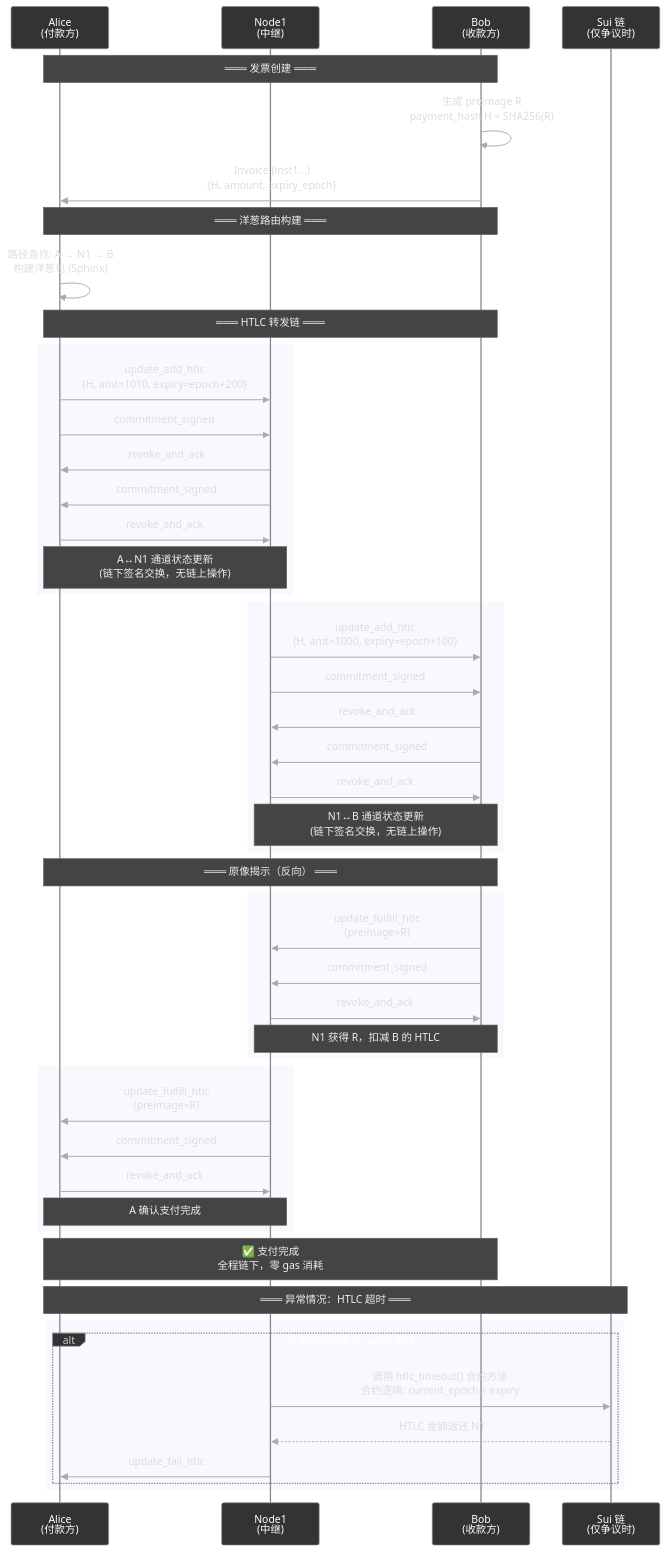
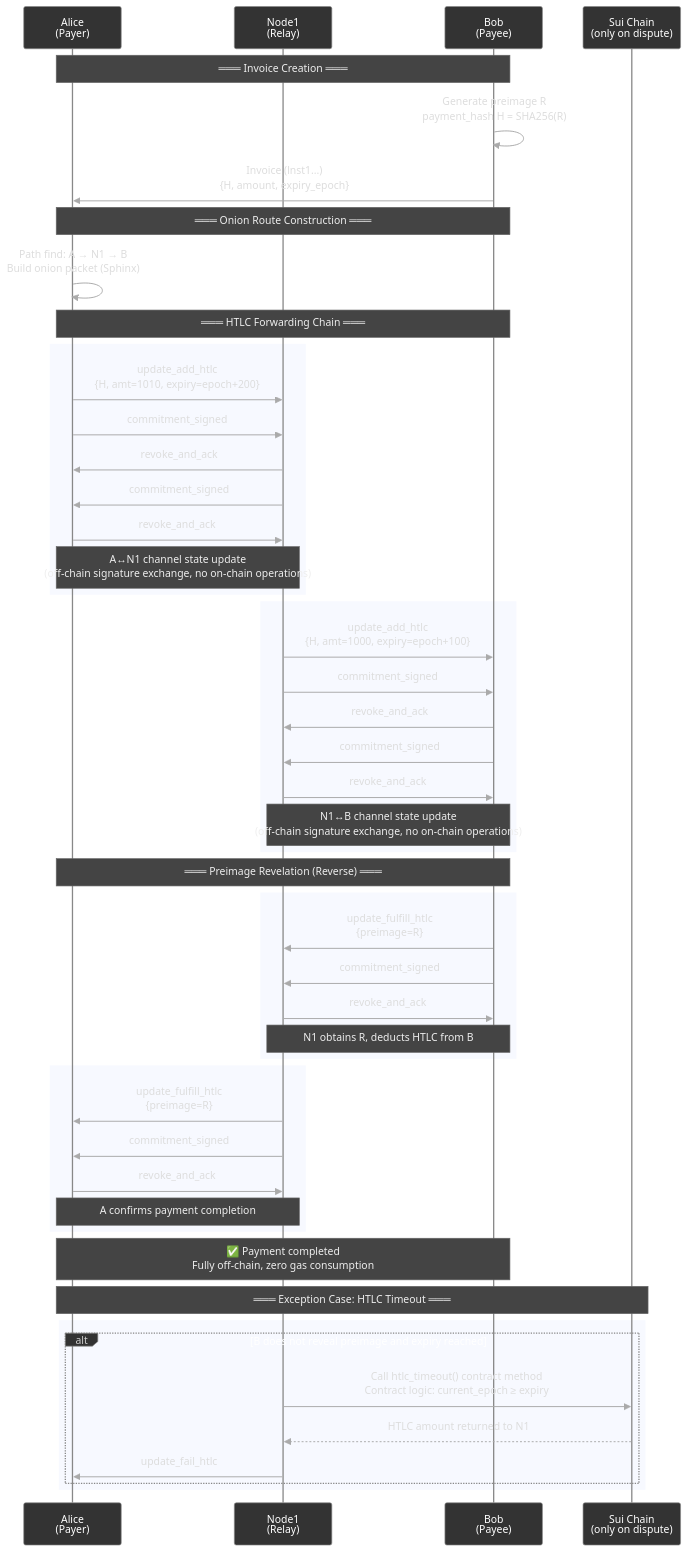
Before and after one commit to loka-network/loka-p2p-lnd: the fifth of 9 diagrams in 1-refactor-docs/sui/lnd-and-sui-integration.md, drawn with Mermaid. The commit also changed other lines of this file and 12 other files, not shown here.

````diff
--- a/1-refactor-docs/sui/lnd-and-sui-integration.md
+++ b/1-refactor-docs/sui/lnd-and-sui-integration.md
@@ -211,80 +211,80 @@
 ```mermaid
 %%{init: {
   'theme': 'base',
   'themeVariables': {
     'actorBorder': '#888888',
     'actorBkg': '#333333',
     'actorTextColor': '#ffffff',
     'noteBkgColor': '#444444',
     'noteBorderColor': '#666666',
     'noteTextColor': '#eeeeee',
     'signalColor': '#aaaaaa',
     'signalTextColor': '#dddddd',
     'labelTextColor': '#cccccc',
     'loopTextColor': '#ffffff',
     'activationBkgColor': '#3a3a3a',
     'fillType0': '#2a2a2a'
   }
 }}%%
 
 sequenceDiagram
-    participant A as Alice<br/>(付款方)
-    participant N1 as Node1<br/>(中继)
-    participant B as Bob<br/>(收款方)
-    participant Sui as Sui 链<br/>(仅争议时)
+    participant A as Alice<br/>(Payer)
+    participant N1 as Node1<br/>(Relay)
+    participant B as Bob<br/>(Payee)
+    participant Sui as Sui Chain<br/>(only on dispute)
 
-    Note over A, B: ═══ 发票创建 ═══
-    B->>B: 生成 preimage R<br/>payment_hash H = SHA256(R)
+    Note over A, B: ═══ Invoice Creation ═══
+    B->>B: Generate preimage R<br/>payment_hash H = SHA256(R)
     B->>A: Invoice (lnst1...)<br/>{H, amount, expiry_epoch}
 
-    Note over A, B: ═══ 洋葱路由构建 ═══
-    A->>A: 路径查找: A → N1 → B<br/>构建洋葱包 (Sphinx)
+    Note over A, B: ═══ Onion Route Construction ═══
+    A->>A: Path find: A → N1 → B<br/>Build onion packet (Sphinx)
 
-    Note over A, B: ═══ HTLC 转发链 ═══
+    Note over A, B: ═══ HTLC Forwarding Chain ═══
 
     rect
         A->>N1: update_add_htlc<br/>{H, amt=1010, expiry=epoch+200}
         A->>N1: commitment_signed
         N1->>A: revoke_and_ack
         N1->>A: commitment_signed
         A->>N1: revoke_and_ack
-        Note over A, N1: A↔N1 通道状态更新<br/>(链下签名交换，无链上操作)
+        Note over A, N1: A↔N1 channel state update<br/>(off-chain signature exchange, no on-chain operations)
     end
 
     rect
         N1->>B: update_add_htlc<br/>{H, amt=1000, expiry=epoch+100}
         N1->>B: commitment_signed
         B->>N1: revoke_and_ack
         B->>N1: commitment_signed
         N1->>B: revoke_and_ack
-        Note over N1, B: N1↔B 通道状态更新<br/>(链下签名交换，无链上操作)
+        Note over N1, B: N1↔B channel state update<br/>(off-chain signature exchange, no on-chain operations)
     end
 
-    Note over A, B: ═══ 原像揭示（反向） ═══
+    Note over A, B: ═══ Preimage Revelation (Reverse) ═══
 
     rect
         B->>N1: update_fulfill_htlc<br/>{preimage=R}
         B->>N1: commitment_signed
         N1->>B: revoke_and_ack
-        Note over N1, B: N1 获得 R，扣减 B 的 HTLC
+        Note over N1, B: N1 obtains R, deducts HTLC from B
     end
 
     rect
         N1->>A: update_fulfill_htlc<br/>{preimage=R}
         N1->>A: commitment_signed
         A->>N1: revoke_and_ack
-        Note over A, N1: A 确认支付完成
+        Note over A, N1: A confirms payment completion
     end
 
-    Note over A, B: ✅ 支付完成<br/>全程链下，零 gas 消耗
+    Note over A, B: ✅ Payment completed<br/>Fully off-chain, zero gas consumption
 
-    Note over A, Sui: ═══ 异常情况：HTLC 超时 ═══
+    Note over A, Sui: ═══ Exception Case: HTLC Timeout ═══
 
     rect
-        alt B 不揭示原像且 expiry 到达
-            N1->>Sui: 调用 htlc_timeout() 合约方法<br/>合约逻辑: current_epoch ≥ expiry
-            Sui-->>N1: HTLC 金额返还 N1
+        alt B does not reveal preimage and expiry reached
+            N1->>Sui: Call htlc_timeout() contract method<br/>Contract logic: current_epoch ≥ expiry
+            Sui-->>N1: HTLC amount returned to N1
             N1->>A: update_fail_htlc
         end
     end
 ```
````
